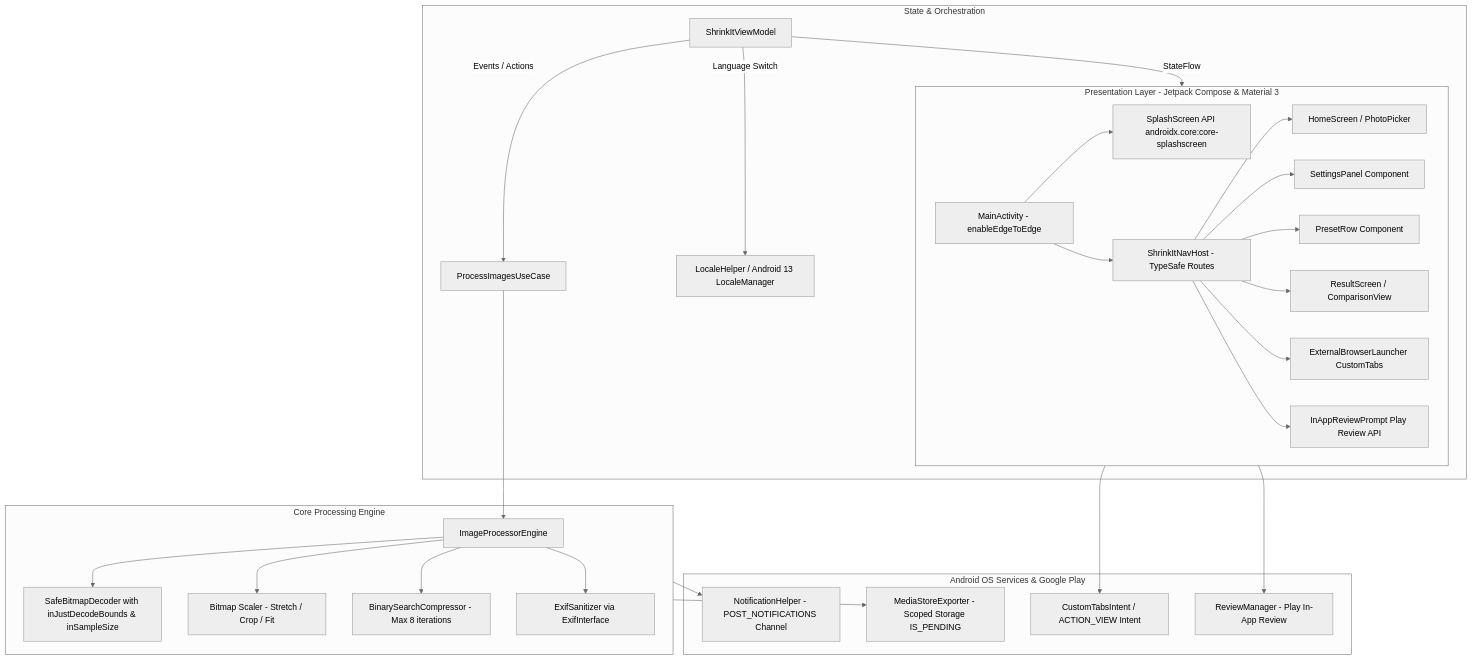
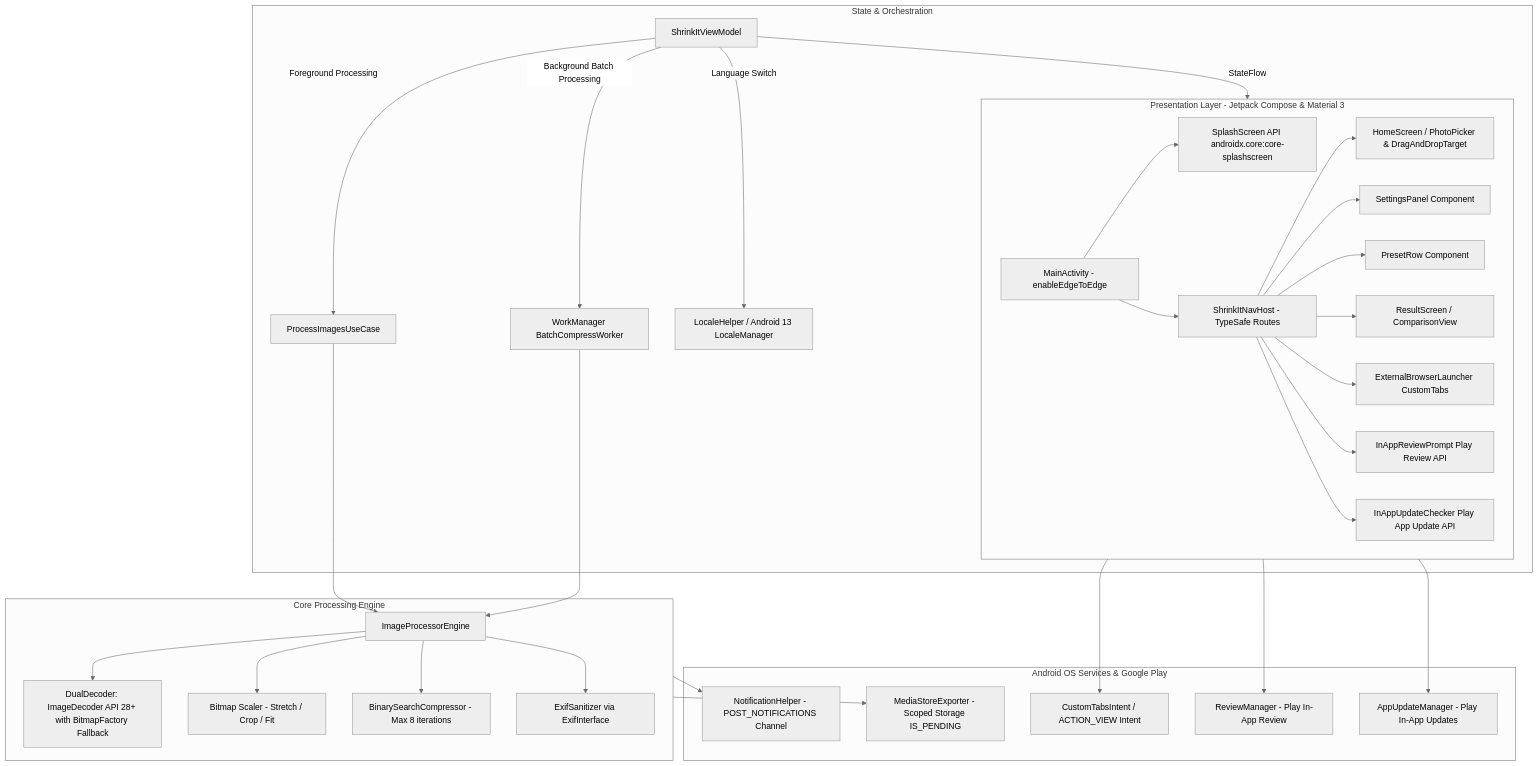
The diagram in docs/TRD.md (dusmamud/shrinkit-android), drawn with Mermaid (neutral theme) before and after one commit. The commit also changed other lines of this file and 2 other files, not shown here.

Commit message:
docs: add WorkManager background resilience, ImageDecoder dual engine, and Play App Update

````diff
--- a/docs/TRD.md
+++ b/docs/TRD.md
@@ -12,39 +12,44 @@
 ```mermaid
 flowchart TD
     subgraph UI_Layer [Presentation Layer - Jetpack Compose & Material 3]
         A[MainActivity - enableEdgeToEdge] --> SP[SplashScreen API androidx.core:core-splashscreen]
         A --> B[ShrinkItNavHost - TypeSafe Routes]
-        B --> C[HomeScreen / PhotoPicker]
+        B --> C[HomeScreen / PhotoPicker & DragAndDropTarget]
         B --> D[SettingsPanel Component]
         B --> E[PresetRow Component]
         B --> F[ResultScreen / ComparisonView]
         B --> G[ExternalBrowserLauncher CustomTabs]
         B --> REV[InAppReviewPrompt Play Review API]
+        B --> UPD[InAppUpdateChecker Play App Update API]
     end
 
     subgraph ViewModel_Layer [State & Orchestration]
         VM[ShrinkItViewModel] -->|StateFlow<UiState>| UI_Layer
-        VM -->|Events / Actions| UC[ProcessImagesUseCase]
+        VM -->|Foreground Processing| UC[ProcessImagesUseCase]
+        VM -->|Background Batch Processing| WM[WorkManager BatchCompressWorker]
         VM -->|Language Switch| LM[LocaleHelper / Android 13 LocaleManager]
     end
 
     subgraph Domain_Engine [Core Processing Engine]
         UC --> PE[ImageProcessorEngine]
-        PE --> DCD[SafeBitmapDecoder with inJustDecodeBounds & inSampleSize]
+        WM --> PE
+        PE --> DCD[DualDecoder: ImageDecoder API 28+ with BitmapFactory Fallback]
         PE --> RES[Bitmap Scaler - Stretch / Crop / Fit]
         PE --> CMP[BinarySearchCompressor - Max 8 iterations]
         PE --> EXF[ExifSanitizer via ExifInterface]
     end
 
     subgraph System_Services [Android OS Services & Google Play]
         NOTIF[NotificationHelper - POST_NOTIFICATIONS Channel]
         BROWSER[CustomTabsIntent / ACTION_VIEW Intent]
         EX[MediaStoreExporter - Scoped Storage IS_PENDING]
-        PLAY[ReviewManager - Play In-App Review]
+        PLAY_REV[ReviewManager - Play In-App Review]
+        PLAY_UPD[AppUpdateManager - Play In-App Updates]
     end
 
     Domain_Engine --> NOTIF
     Domain_Engine --> EX
     UI_Layer --> BROWSER
-    UI_Layer --> PLAY
+    UI_Layer --> PLAY_REV
+    UI_Layer --> PLAY_UPD
 ```
````
